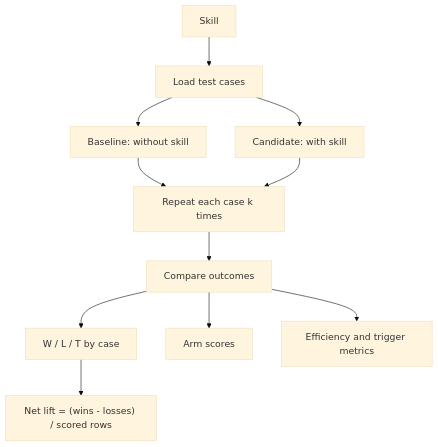
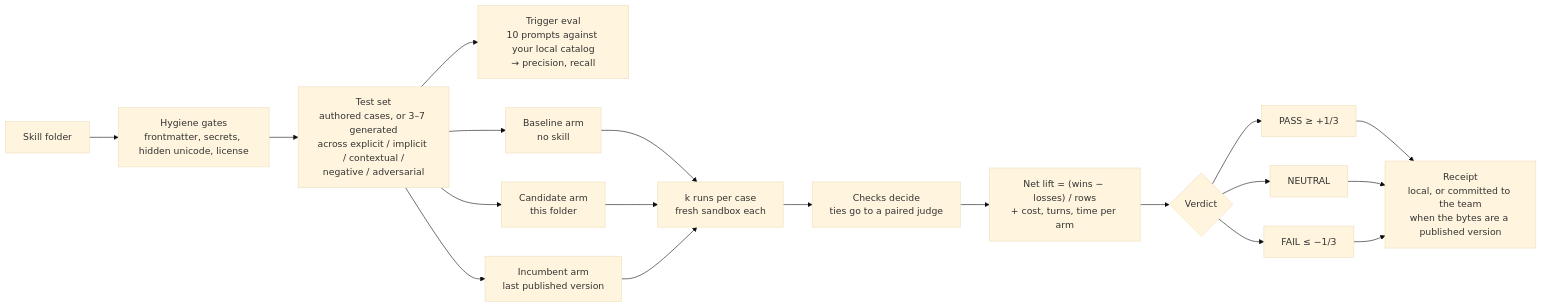
The diagram in README.md (ryanliu-terum/terum-skills), drawn with Mermaid (base theme) before and after one commit. The commit also changed other lines of this file and 7 other files, not shown here.

````diff
--- a/README.md
+++ b/README.md
@@ -94,25 +73,17 @@
 ```mermaid
-
-flowchart TD
-
-    S["Skill"] --> C["Load test cases"]
-
-    C --> B["Baseline: without skill"]
-
-    C --> K["Candidate: with skill"]
-
-    B --> R["Repeat each case k times"]
-
-    K --> R
-
-    R --> D["Compare outcomes"]
-
-    D --> M["W / L / T by case"]
-
-    D --> A["Arm scores"]
-
-    D --> E["Efficiency and trigger metrics"]
-
-    M --> L["Net lift = (wins - losses) / scored rows"]
-
+flowchart LR
+    S["Skill folder"] --> H["Hygiene gates<br/>frontmatter, secrets, hidden unicode, license"]
+    H --> G["Test set<br/>authored cases, or 3–7 generated<br/>across explicit / implicit / contextual /<br/>negative / adversarial"]
+    G --> T["Trigger eval<br/>10 prompts against your local catalog<br/>→ precision, recall"]
+    G --> B["Baseline arm<br/>no skill"]
+    G --> K["Candidate arm<br/>this folder"]
+    G --> I["Incumbent arm<br/>last published version"]
+    B & K & I --> R["k runs per case<br/>fresh sandbox each"]
+    R --> C["Checks decide<br/>ties go to a paired judge"]
+    C --> N["Net lift = (wins − losses) / rows<br/>+ cost, turns, time per arm"]
+    N --> V{"Verdict"}
+    V --> P["PASS ≥ +1/3"]
+    V --> U["NEUTRAL"]
+    V --> F["FAIL ≤ −1/3"]
+    P & U & F --> W["Receipt<br/>local, or committed to the team<br/>when the bytes are a published version"]
 ```
````
